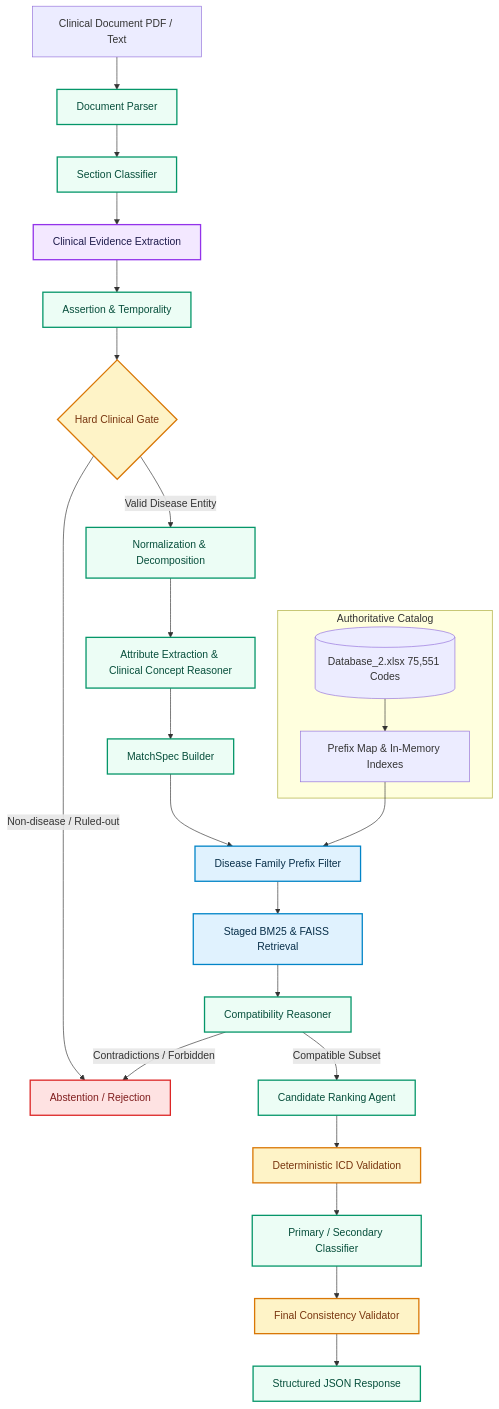
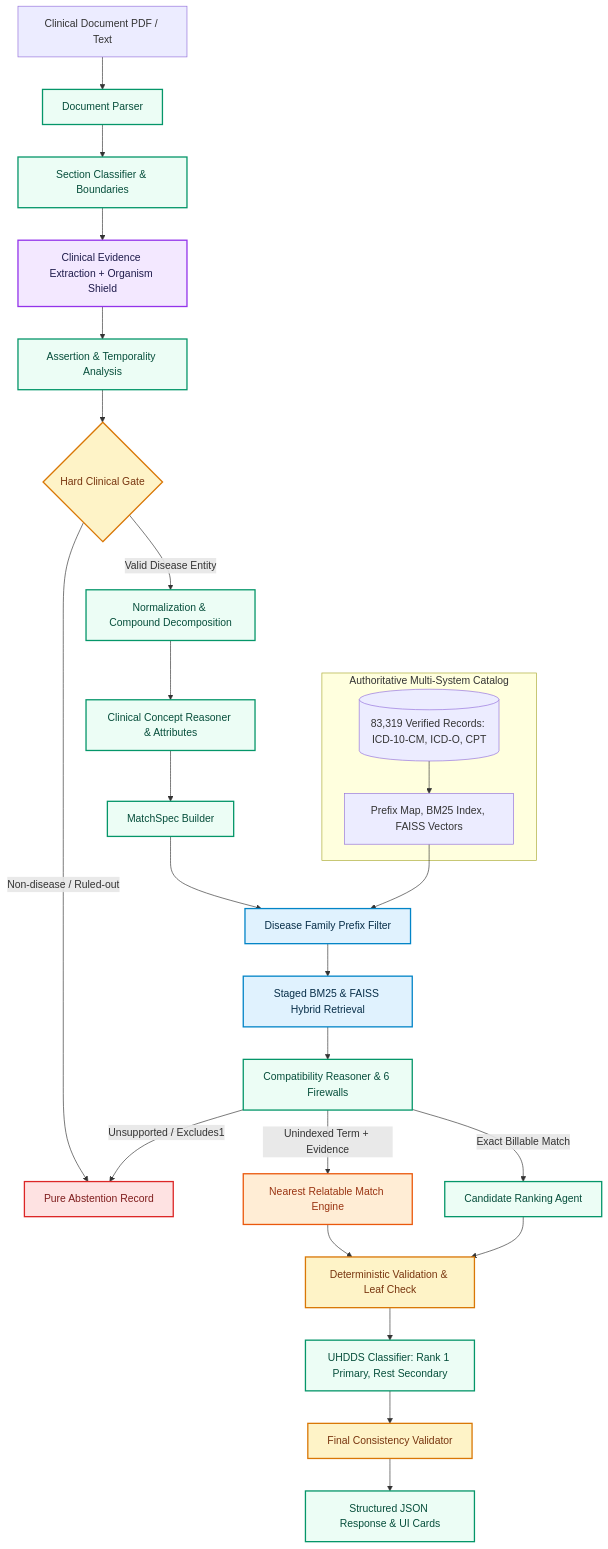
One commit to AbhinavEliac/Agentic_ICD_Code_Matcher changed the diagram in README.md. Above: the diagram before and after it, drawn with Mermaid. The commit also changed other lines of this file and 4 other files, not shown here.

Commit message:
docs: update README with detailed flowsheet architecture, nearest relatable matching, and updated diagrams

````diff
--- a/README.md
+++ b/README.md
@@ -115,39 +205,42 @@
 ```mermaid
 flowchart TD
     classDef llm fill:#f3e8ff,stroke:#9333ea,stroke-width:2px,color:#1e1b4b;
     classDef det fill:#ecfdf5,stroke:#059669,stroke-width:2px,color:#064e3b;
     classDef ret fill:#e0f2fe,stroke:#0284c7,stroke-width:2px,color:#082f49;
     classDef gate fill:#fef3c7,stroke:#d97706,stroke-width:2px,color:#78350f;
     classDef firewall fill:#fee2e2,stroke:#dc2626,stroke-width:2px,color:#7f1d1d;
+    classDef nearest fill:#ffedd5,stroke:#ea580c,stroke-width:2px,color:#9a3412;
 
     DOC[Clinical Document PDF / Text] --> PARSER[Document Parser]:::det
-    PARSER --> SEC[Section Classifier]:::det
-    SEC --> EXTRACT[Clinical Evidence Extraction]:::llm
-    EXTRACT --> ASSERT[Assertion & Temporality]:::det
+    PARSER --> SEC[Section Classifier & Boundaries]:::det
+    SEC --> EXTRACT[Clinical Evidence Extraction + Organism Shield]:::llm
+    EXTRACT --> ASSERT[Assertion & Temporality Analysis]:::det
 
     ASSERT --> GATE{Hard Clinical Gate}:::gate
-    GATE -- Non-disease / Ruled-out --> ABSTAIN[Abstention / Rejection]:::firewall
-    GATE -- Valid Disease Entity --> NORM[Normalization & Decomposition]:::det
+    GATE -- Non-disease / Ruled-out --> ABSTAIN[Pure Abstention Record]:::firewall
+    GATE -- Valid Disease Entity --> NORM[Normalization & Compound Decomposition]:::det
     
-    NORM --> ATTR[Attribute Extraction & Clinical Concept Reasoner]:::det
+    NORM --> ATTR[Clinical Concept Reasoner & Attributes]:::det
     ATTR --> MATCH_SPEC[MatchSpec Builder]:::det
     
-    subgraph Database_Layer [Authoritative Catalog]
-        DB[(Database_2.xlsx 75,551 Codes)]
-        INDEX[Prefix Map & In-Memory Indexes]
+    subgraph Database_Layer [Authoritative Multi-System Catalog]
+        DB[(83,319 Verified Records: ICD-10-CM, ICD-O, CPT)]
+        INDEX[Prefix Map, BM25 Index, FAISS Vectors]
         DB --> INDEX
     end
 
     MATCH_SPEC --> FAM_FILTER[Disease Family Prefix Filter]:::ret
     INDEX --> FAM_FILTER
-    FAM_FILTER --> RETRIEVE[Staged BM25 & FAISS Retrieval]:::ret
-    RETRIEVE --> COMPAT[Compatibility Reasoner]:::det
+    FAM_FILTER --> RETRIEVE[Staged BM25 & FAISS Hybrid Retrieval]:::ret
+    RETRIEVE --> COMPAT[Compatibility Reasoner & 6 Firewalls]:::det
     
-    COMPAT -- Contradictions / Forbidden --> ABSTAIN
-    COMPAT -- Compatible Subset --> RANK[Candidate Ranking Agent]:::det
+    COMPAT -- Unsupported / Excludes1 --> ABSTAIN
+    COMPAT -- Unindexed Term + Evidence --> NEAREST[Nearest Relatable Match Engine]:::nearest
+    COMPAT -- Exact Billable Match --> RANK[Candidate Ranking Agent]:::det
+    NEAREST --> VALIDATE[Deterministic Validation & Leaf Check]:::gate
+    RANK --> VALIDATE
     
-    RANK --> VALIDATE[Deterministic ICD Validation]:::gate
-    VALIDATE --> PRIMARY_SEC[Primary / Secondary Classifier]:::det
+    VALIDATE --> PRIMARY_SEC[UHDDS Classifier: Rank 1 Primary, Rest Secondary]:::det
     PRIMARY_SEC --> CONSISTENCY[Final Consistency Validator]:::gate
-    CONSISTENCY --> JSON_OUT[Structured JSON Response]:::det
+    CONSISTENCY --> JSON_OUT[Structured JSON Response & UI Cards]:::det
 ```
````
